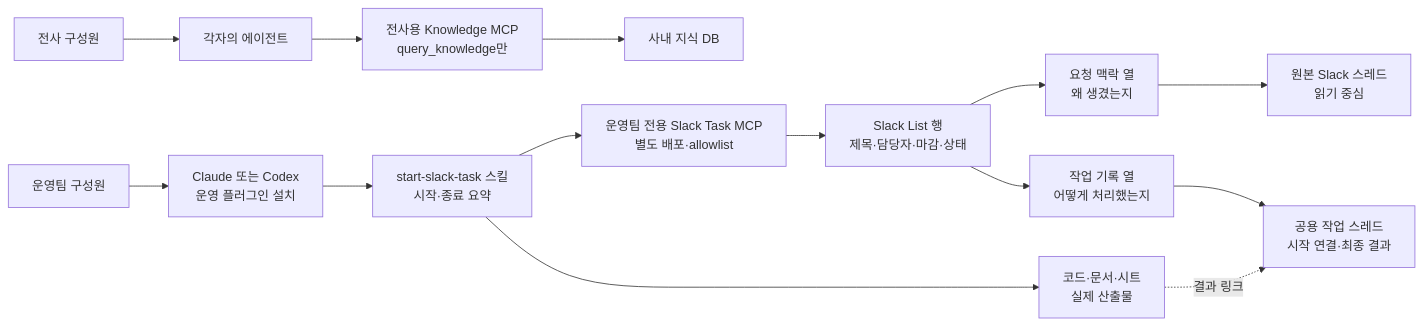
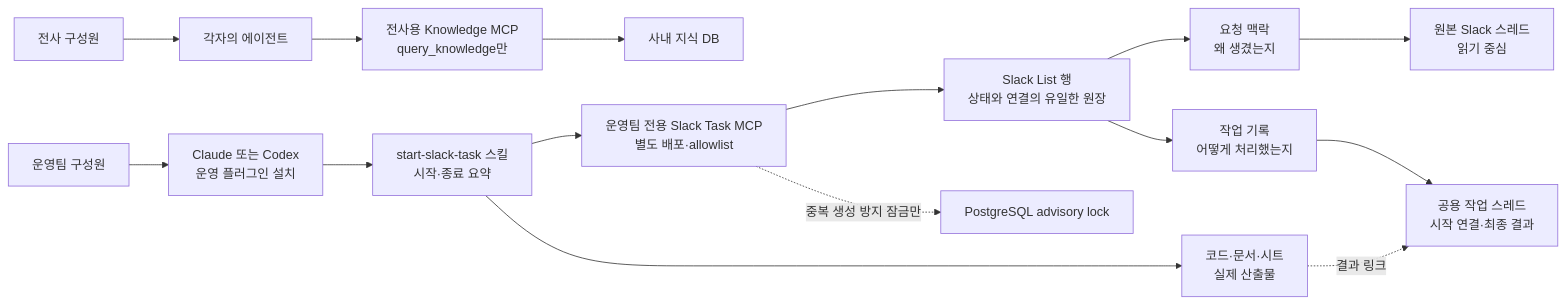
Before and after one commit to team-monolith-product/tmn-workflow-automation: the first of 2 diagrams in docs/slack-list-task-thread-design.md, drawn with Mermaid. The commit also changed other lines of this file and 8 other files, not shown here.

````diff
--- a/docs/slack-list-task-thread-design.md
+++ b/docs/slack-list-task-thread-design.md
@@ -33,17 +33,18 @@
 ```mermaid
 flowchart LR
     E["전사 구성원"] --> EA["각자의 에이전트"]
     EA --> KM["전사용 Knowledge MCP<br/>query_knowledge만"]
     KM --> KD["사내 지식 DB"]
 
     U["운영팀 구성원"] --> A["Claude 또는 Codex<br/>운영 플러그인 설치"]
     A --> S["start-slack-task 스킬<br/>시작·종료 요약"]
     S --> M["운영팀 전용 Slack Task MCP<br/>별도 배포·allowlist"]
-    M --> L["Slack List 행<br/>제목·담당자·마감·상태"]
-    L --> C["요청 맥락 열<br/>왜 생겼는지"]
-    L --> W["작업 기록 열<br/>어떻게 처리했는지"]
+    M --> L["Slack List 행<br/>상태와 연결의 유일한 원장"]
+    L --> C["요청 맥락<br/>왜 생겼는지"]
+    L --> W["작업 기록<br/>어떻게 처리했는지"]
     C --> CT["원본 Slack 스레드<br/>읽기 중심"]
     W --> WT["공용 작업 스레드<br/>시작 연결·최종 결과"]
     S --> O["코드·문서·시트<br/>실제 산출물"]
     O -. "결과 링크" .-> WT
+    M -. "중복 생성 방지 잠금만" .-> DB["PostgreSQL advisory lock"]
 ```
````
